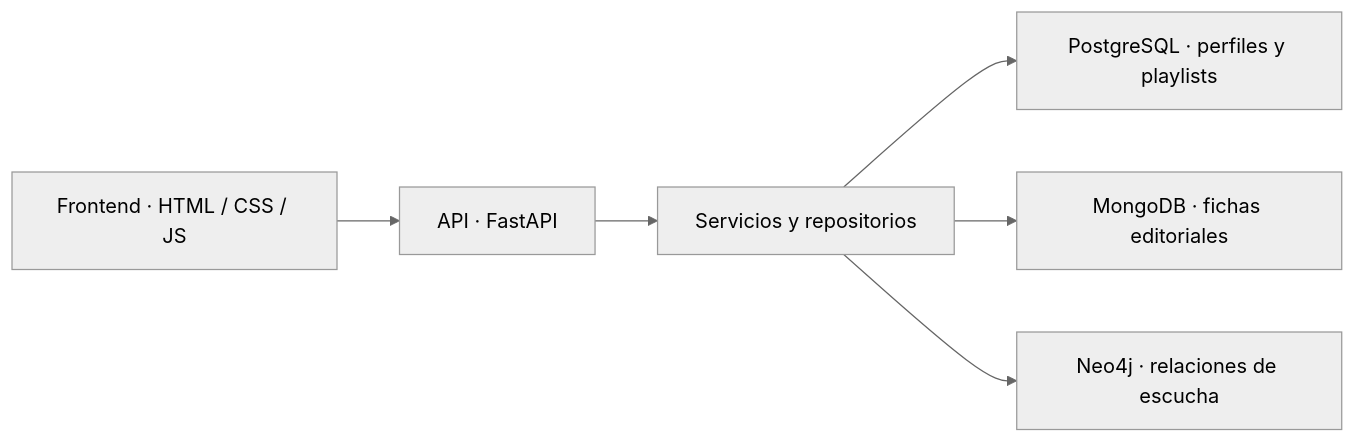
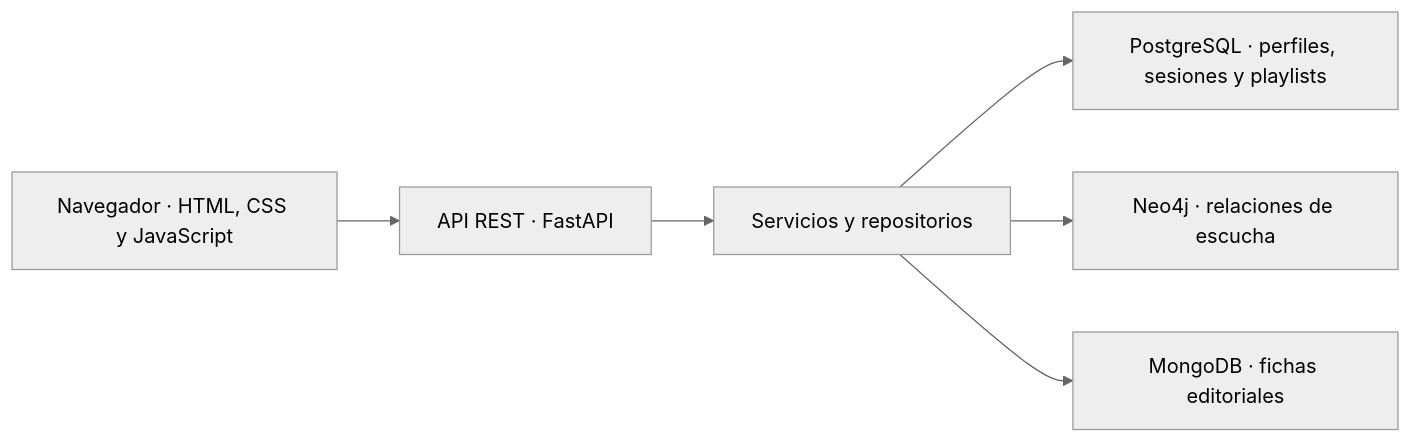
One commit to ArturoYJ/soundgraph changed the diagram in README.md. Above: the diagram before and after it, drawn with Mermaid (neutral theme). The commit also changed other lines of this file and 3 other files, not shown here.

````diff
--- a/README.md
+++ b/README.md
@@ -20,8 +49,8 @@
 ```mermaid
 flowchart LR
-    UI["Frontend · HTML / CSS / JS"] --> API["API · FastAPI"]
+    UI["Navegador · HTML, CSS y JavaScript"] --> API["API REST · FastAPI"]
     API --> S["Servicios y repositorios"]
-    S --> PG["PostgreSQL · perfiles y playlists"]
+    S --> PG["PostgreSQL · perfiles, sesiones y playlists"]
+    S --> NG["Neo4j · relaciones de escucha"]
     S --> MG["MongoDB · fichas editoriales"]
-    S --> NG["Neo4j · relaciones de escucha"]
 ```
````
